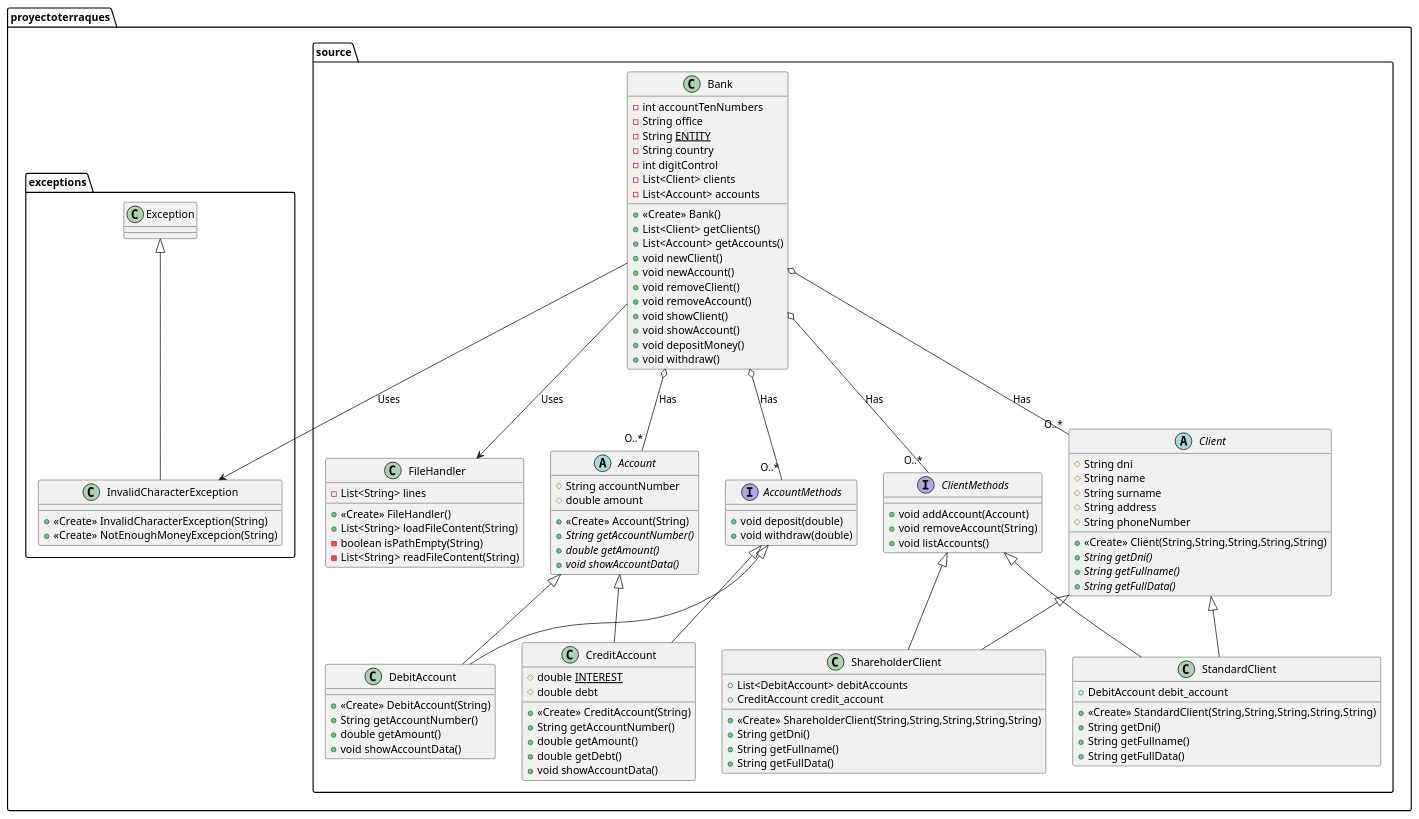
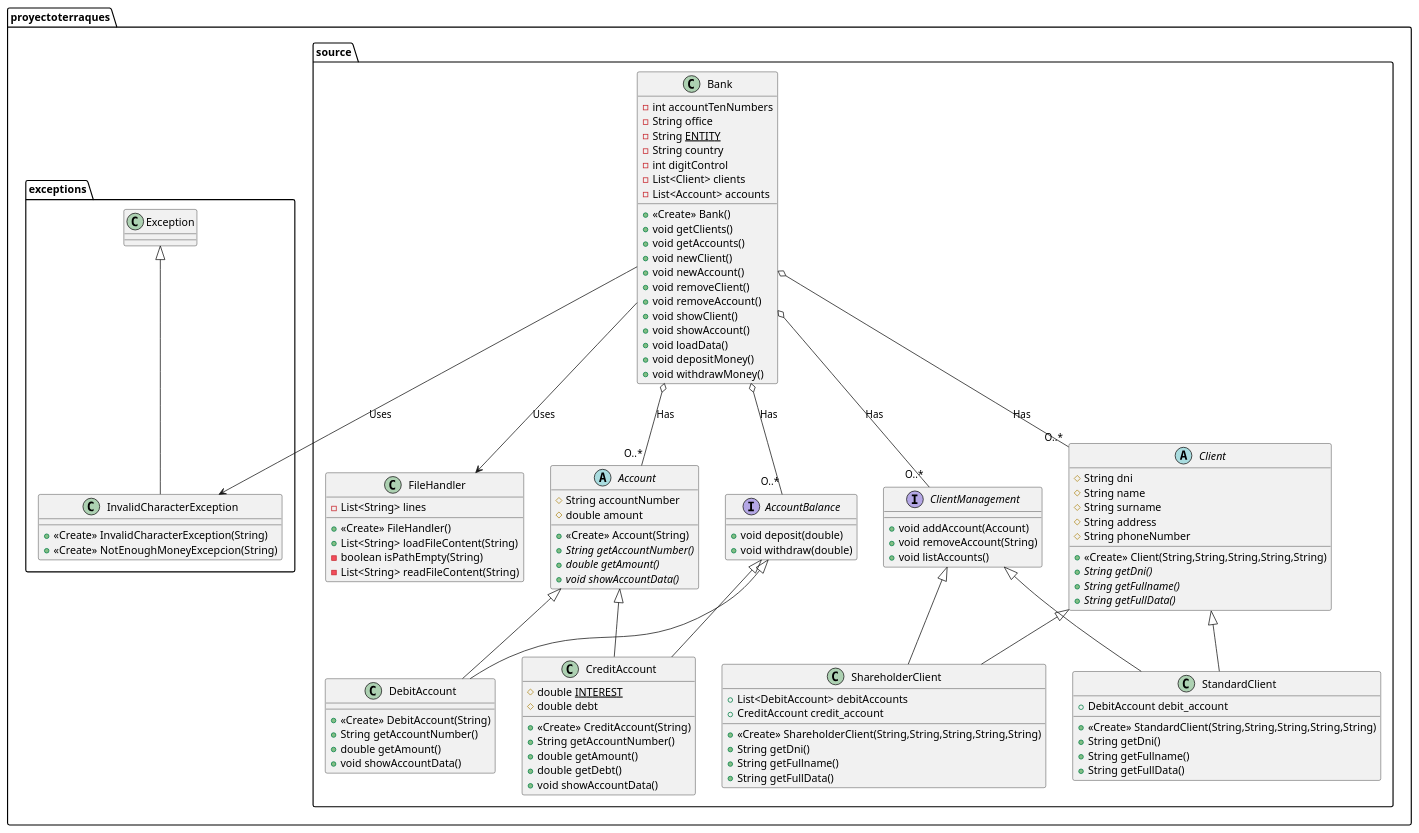
One commit to EduLostal/awesome-projects-prograii changed the diagram in proyectoTerraques/src/proyectoterraques/docs/diagram.puml. Above: the diagram before and after it, drawn with PlantUML. The commit also changed 29 other files, not shown here.

```diff
--- a/proyectoTerraques/src/proyectoterraques/docs/diagram.puml
+++ b/proyectoTerraques/src/proyectoterraques/docs/diagram.puml
@@ -1,136 +1,137 @@
 @startuml
 
 
 class proyectoterraques.source.Bank {
 - int accountTenNumbers
 - String office
 - String <u>ENTITY</u>
 - String country
 - int digitControl
 - List<Client> clients
 - List<Account> accounts
 + <<Create>> Bank()
-+ List<Client> getClients()
-+ List<Account> getAccounts()
++ void getClients()
++ void getAccounts()
 + void newClient()
 + void newAccount()
 + void removeClient()
 + void removeAccount()
 + void showClient()
 + void showAccount()
++ void loadData()
 + void depositMoney()
-+ void withdraw()
++ void withdrawMoney()
 
 }
 
 abstract class proyectoterraques.source.Client {
 # String dni
 # String name
 # String surname
 # String address
 # String phoneNumber
 + <<Create>> Client(String,String,String,String,String)
 + {abstract}String getDni()
 + {abstract}String getFullname()
 + {abstract}String getFullData()
 }
 
 class proyectoterraques.source.ShareholderClient {
 + <<Create>> ShareholderClient(String,String,String,String,String)
 + String getDni()
 + String getFullname()
 + String getFullData()
 + List<DebitAccount> debitAccounts
 + CreditAccount credit_account
 }
 
 class proyectoterraques.source.StandardClient {
 + <<Create>> StandardClient(String,String,String,String,String)
 + String getDni()
 + String getFullname()
 + String getFullData()
 + DebitAccount debit_account
 }
 
 abstract class proyectoterraques.source.Account {
 #  String accountNumber
 #  double amount
 + <<Create>> Account(String)
 + {abstract} String getAccountNumber()
 + {abstract} double getAmount()
 + {abstract} void showAccountData()
 
 }
 
-interface proyectoterraques.source.AccountMethods {
+interface proyectoterraques.source.AccountBalance {
 + void deposit(double)
 + void withdraw(double)
 
 
 }
 
-interface proyectoterraques.source.ClientMethods {
+interface proyectoterraques.source.ClientManagement {
 +void addAccount(Account)
 +void removeAccount(String)
 +void listAccounts()
 
 }
 
 class proyectoterraques.source.DebitAccount {
 + <<Create>> DebitAccount(String)
 + String getAccountNumber()
 + double getAmount()
 + void showAccountData()
 
 
 }
 
 class proyectoterraques.source.CreditAccount {
 # double <u>INTEREST</u>
 # double debt
 + <<Create>> CreditAccount(String)
 + String getAccountNumber()
 + double getAmount()
 + double getDebt()
 + void showAccountData()
 
 
 }
 
 class proyectoterraques.source.FileHandler {
 - List<String> lines
 + <<Create>> FileHandler()
 + List<String> loadFileContent(String)
 - boolean isPathEmpty(String)
 - List<String> readFileContent(String)
 }
 
 class proyectoterraques.exceptions.Exception{
 
 }
 
 
 
 class proyectoterraques.exceptions.InvalidCharacterException{
 + <<Create>> InvalidCharacterException(String)
 + <<Create>> NotEnoughMoneyExcepcion(String)
 
 
 }
 
 proyectoterraques.source.Bank o-- "O..*" proyectoterraques.source.Account : Has
 proyectoterraques.source.Bank o-- "O..*" proyectoterraques.source.Client : Has
-proyectoterraques.source.Bank o-- "O..*" proyectoterraques.source.AccountMethods : Has
-proyectoterraques.source.Bank o-- "O..*" proyectoterraques.source.ClientMethods : Has
+proyectoterraques.source.Bank o-- "O..*" proyectoterraques.source.AccountBalance : Has
+proyectoterraques.source.Bank o-- "O..*" proyectoterraques.source.ClientManagement : Has
 proyectoterraques.source.Client <|-- proyectoterraques.source.ShareholderClient
-proyectoterraques.source.ClientMethods <|-- proyectoterraques.source.ShareholderClient
+proyectoterraques.source.ClientManagement <|-- proyectoterraques.source.ShareholderClient
 proyectoterraques.source.Account <|-- proyectoterraques.source.DebitAccount
-proyectoterraques.source.AccountMethods <|-- proyectoterraques.source.DebitAccount
+proyectoterraques.source.AccountBalance <|-- proyectoterraques.source.DebitAccount
 proyectoterraques.source.Client <|-- proyectoterraques.source.StandardClient
-proyectoterraques.source.ClientMethods <|-- proyectoterraques.source.StandardClient
+proyectoterraques.source.ClientManagement <|-- proyectoterraques.source.StandardClient
 proyectoterraques.source.Account <|-- proyectoterraques.source.CreditAccount
-proyectoterraques.source.AccountMethods <|-- proyectoterraques.source.CreditAccount
+proyectoterraques.source.AccountBalance <|-- proyectoterraques.source.CreditAccount
 proyectoterraques.source.Bank --> proyectoterraques.source.FileHandler : Uses
 proyectoterraques.source.Bank --> proyectoterraques.exceptions.InvalidCharacterException : Uses
 proyectoterraques.exceptions.Exception <|-- proyectoterraques.exceptions.InvalidCharacterException
 @enduml
```
